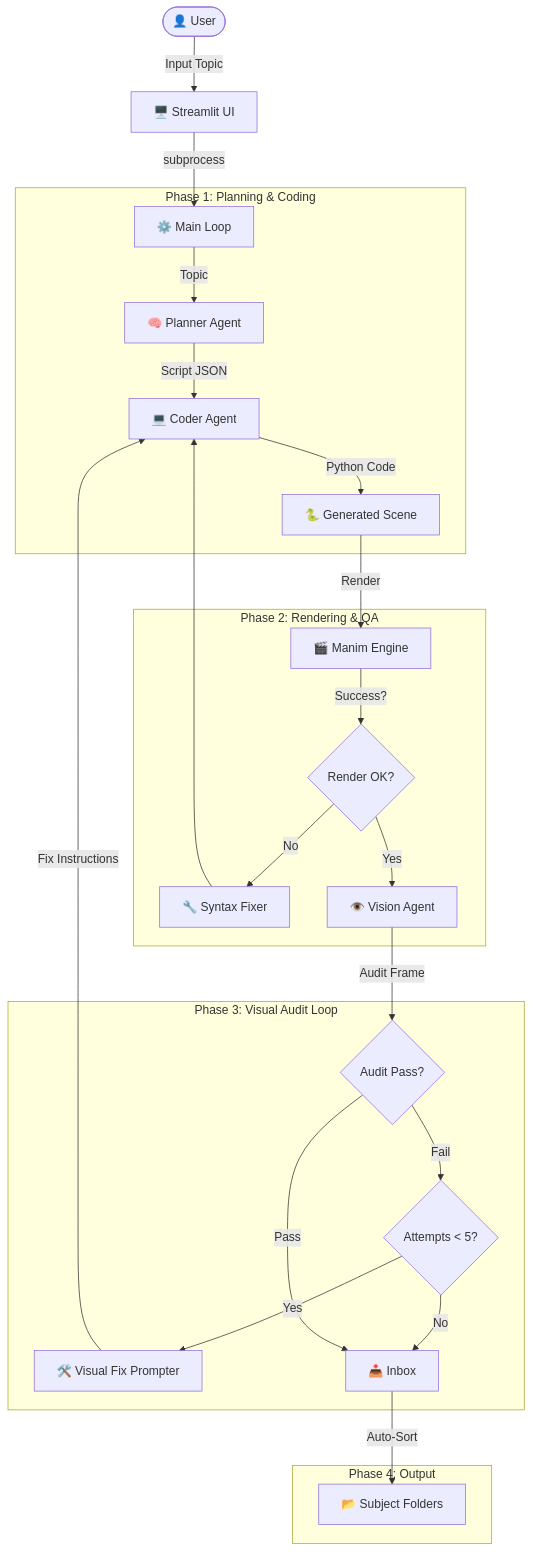
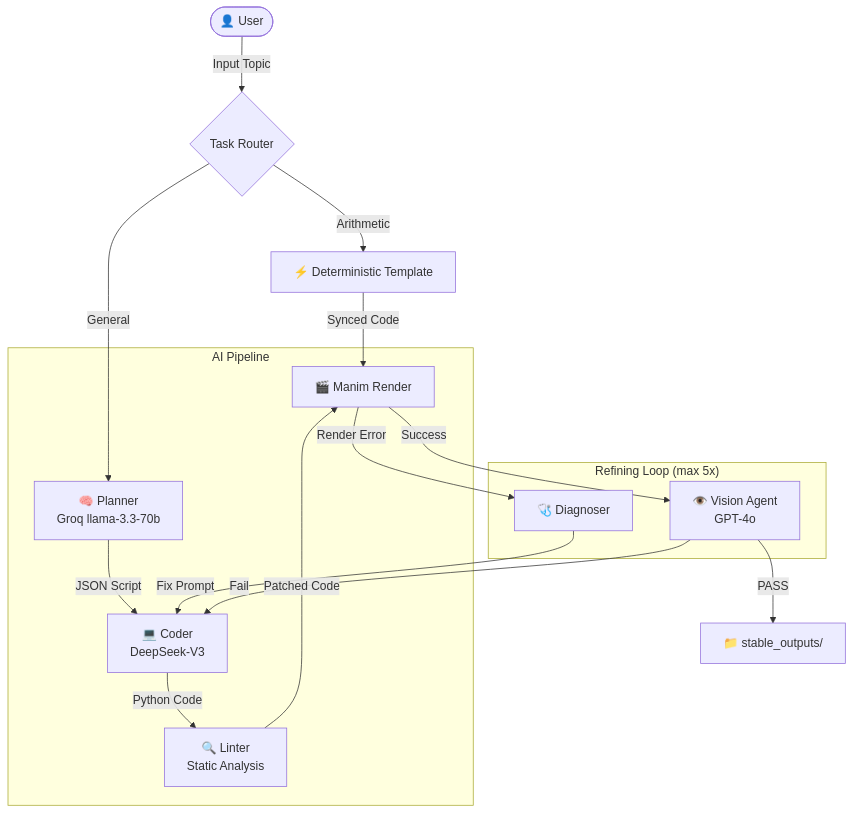
One commit to gwen1008/LLManim_Exhibition changed the diagram in README.md. Above: the diagram before and after it, drawn with Mermaid. The commit also changed other lines of this file, not shown here.

````diff
--- a/README.md
+++ b/README.md
@@ -15,32 +54,24 @@
 ```mermaid
 graph TD
-    User([👤 User]) -->|Input Topic| Streamlit[🖥️ Streamlit UI]
-    Streamlit -->|subprocess| Main[⚙️ Main Loop]
-    
-    subgraph "Phase 1: Planning & Coding"
-        Main -->|Topic| Planner[🧠 Planner Agent]
-        Planner -->|Script JSON| Coder[💻 Coder Agent]
-        Coder -->|Python Code| ManimFile[🐍 Generated Scene]
+    User([👤 User]) -->|Input Topic| Router{Task Router}
+
+    Router -->|Arithmetic| Template[⚡ Deterministic Template]
+    Router -->|General| Planner
+
+    Template -->|Synced Code| Render
+
+    subgraph "AI Pipeline"
+        Planner[🧠 Planner\nGroq llama-3.3-70b] -->|JSON Script| Coder[💻 Coder\nDeepSeek-V3]
+        Coder -->|Python Code| Linter[🔍 Linter\nStatic Analysis]
+        Linter -->|Patched Code| Render[🎬 Manim Render]
     end
-    
-    subgraph "Phase 2: Rendering & QA"
-        ManimFile -->|Render| ManimEngine[🎬 Manim Engine]
-        ManimEngine -->|Success?| CheckRender{Render OK?}
-        CheckRender -->|No| FixRender[🔧 Syntax Fixer]
-        FixRender --> Coder
-        CheckRender -->|Yes| VisionQA[👁️ Vision Agent]
+
+    subgraph "Refining Loop (max 5x)"
+        Render -->|Render Error| Diagnoser[🩺 Diagnoser]
+        Diagnoser -->|Fix Prompt| Coder
+        Render -->|Success| VisionQA[👁️ Vision Agent\nGPT-4o]
+        VisionQA -->|Fail| Coder
     end
-    
-    subgraph "Phase 3: Visual Audit Loop"
-        VisionQA -->|Audit Frame| AuditResult{Audit Pass?}
-        AuditResult -->|Fail| CheckLimit{Attempts < 5?}
-        CheckLimit -->|Yes| VisualFixER[🛠️ Visual Fix Prompter]
-        VisualFixER -->|Fix Instructions| Coder
-        CheckLimit -->|No| Inbox
-    end
-    
-    subgraph "Phase 4: Output"
-        AuditResult -->|Pass| Inbox[📥 Inbox]
-        Inbox -->|Auto-Sort| Categories[📂 Subject Folders]
-    end
+
+    VisionQA -->|PASS| Output[📁 stable_outputs/]
 ```
````
